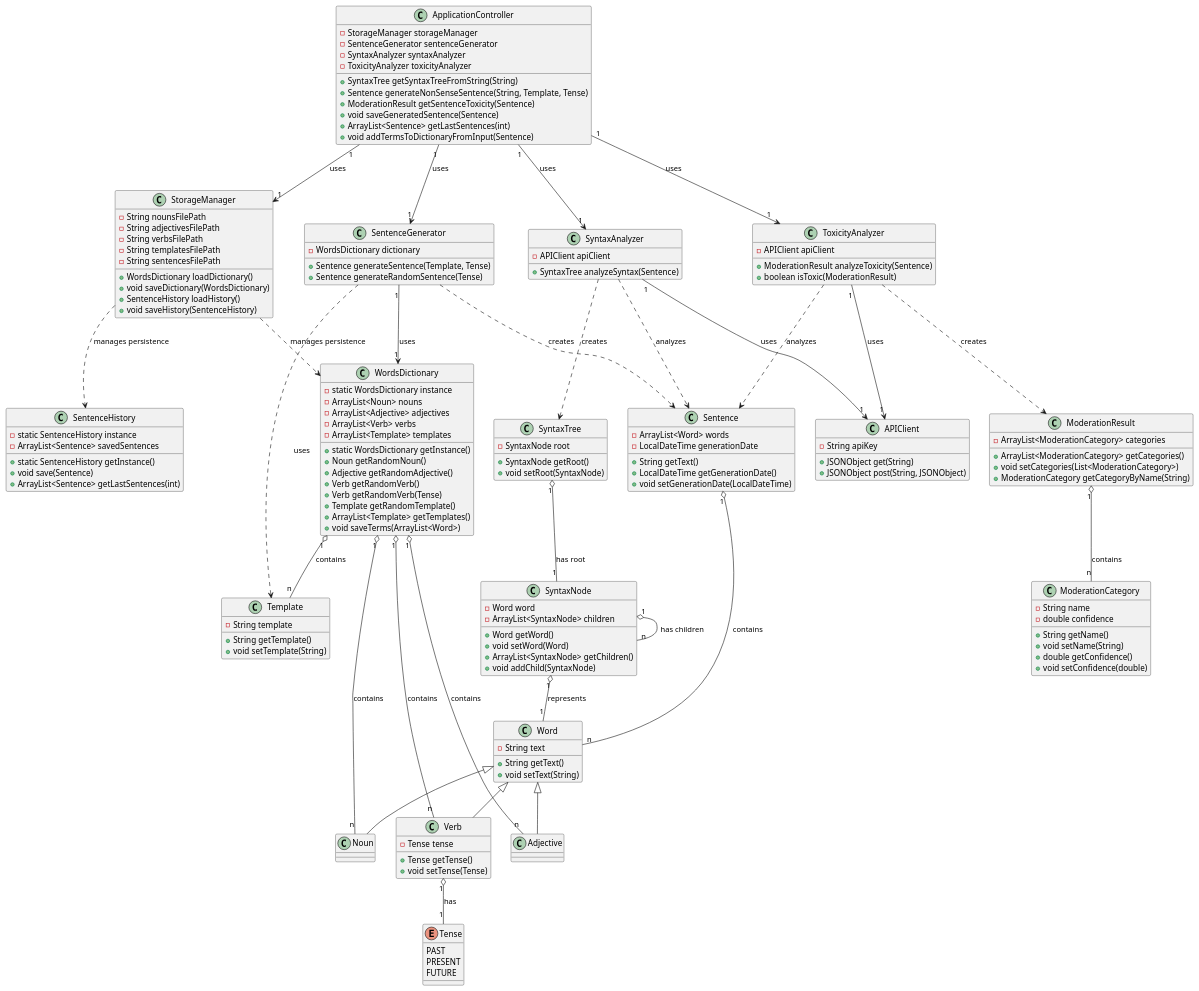
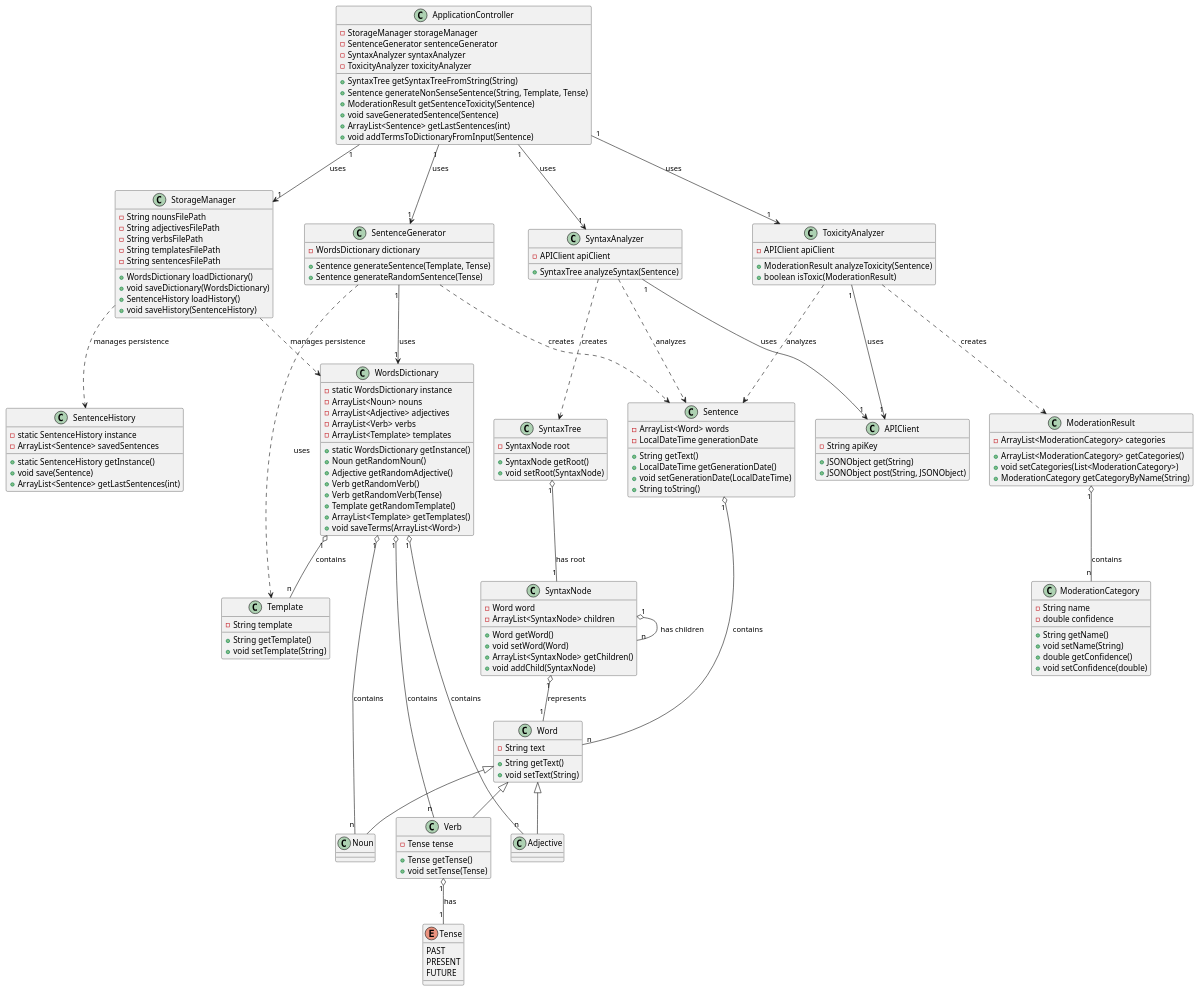
One commit to liamtoaldo/NonSenseGenerator changed the diagram in docs/diagrams/classmodel.plantuml. Above: the diagram before and after it, drawn with PlantUML. The commit also changed 7 other files, not shown here.

```diff
--- a/docs/diagrams/classmodel.plantuml
+++ b/docs/diagrams/classmodel.plantuml
@@ -1,183 +1,184 @@
 @startuml
 
 class Sentence {
     -ArrayList<Word> words
     -LocalDateTime generationDate
     +String getText()
     +LocalDateTime getGenerationDate()
     +void setGenerationDate(LocalDateTime)
+    +String toString()
 }
 
 enum Tense {
     PAST
     PRESENT
     FUTURE
 }
 
 class Word {
     -String text
     +String getText()
     +void setText(String)
 }
 
 class Noun extends Word {
 }
 
 class Adjective extends Word {
 }
 
 class Verb extends Word {
     -Tense tense
     +Tense getTense()
     +void setTense(Tense)
 }
 
 class Template {
     -String template
     +String getTemplate()
     +void setTemplate(String)
 }
 
 ' WordsDictionary usa Design Pattern: Singleton
 class WordsDictionary {
     -static WordsDictionary instance
     -ArrayList<Noun> nouns
     -ArrayList<Adjective> adjectives
     -ArrayList<Verb> verbs
     -ArrayList<Template> templates
     +static WordsDictionary getInstance()
     +Noun getRandomNoun()
     +Adjective getRandomAdjective()
     +Verb getRandomVerb()
     +Verb getRandomVerb(Tense)
     +Template getRandomTemplate()
     +ArrayList<Template> getTemplates()
     +void saveTerms(ArrayList<Word>)
 }
 
 ' SentenceHistory usa Design Pattern: Singleton
 class SentenceHistory {
     -static SentenceHistory instance
     -ArrayList<Sentence> savedSentences
     +static SentenceHistory getInstance()
     +void save(Sentence)
     +ArrayList<Sentence> getLastSentences(int)
 }
 
 ' SentenceGenerator usa Design Pattern: Factory Method
 class SentenceGenerator {
     -WordsDictionary dictionary
     +Sentence generateSentence(Template, Tense)
     +Sentence generateRandomSentence(Tense)
 }
 
 ' StorageManager agisce come un Data Access Object (DAO) / Repository
 class StorageManager {
     -String nounsFilePath
     -String adjectivesFilePath
     -String verbsFilePath
     -String templatesFilePath
     -String sentencesFilePath
     +WordsDictionary loadDictionary()
     +void saveDictionary(WordsDictionary)
     +SentenceHistory loadHistory()
     +void saveHistory(SentenceHistory)
 }
 
 class APIClient {
     -String apiKey
     +JSONObject get(String)
     +JSONObject post(String, JSONObject)
 }
 
 ' SyntaxTree e SyntaxNode formano un pattern Composite
 class SyntaxTree {
     -SyntaxNode root
     +SyntaxNode getRoot()
     +void setRoot(SyntaxNode)
 }
 
 class SyntaxNode {
     -Word word
     -ArrayList<SyntaxNode> children
     +Word getWord()
     +void setWord(Word)
     +ArrayList<SyntaxNode> getChildren()
     +void addChild(SyntaxNode)
 }
 
 class SyntaxAnalyzer {
     -APIClient apiClient
     +SyntaxTree analyzeSyntax(Sentence)
 }
 
 class ModerationCategory {
     -String name
     -double confidence
     +String getName()
     +void setName(String)
     +double getConfidence()
     +void setConfidence(double)
 }
 
 class ModerationResult {
     -ArrayList<ModerationCategory> categories
     +ArrayList<ModerationCategory> getCategories()
     +void setCategories(List<ModerationCategory>)
     +ModerationCategory getCategoryByName(String)
 }
 
 class ToxicityAnalyzer {
     -APIClient apiClient
     +ModerationResult analyzeToxicity(Sentence)
     +boolean isToxic(ModerationResult)
 }
 
 ' ApplicationController implementa il pattern Controller e il pattern Facade
 class ApplicationController {
     -StorageManager storageManager
     -SentenceGenerator sentenceGenerator
     -SyntaxAnalyzer syntaxAnalyzer
     -ToxicityAnalyzer toxicityAnalyzer
     +SyntaxTree getSyntaxTreeFromString(String)
     +Sentence generateNonSenseSentence(String, Template, Tense)
     +ModerationResult getSentenceToxicity(Sentence)
     +void saveGeneratedSentence(Sentence)
     +ArrayList<Sentence> getLastSentences(int)
     +void addTermsToDictionaryFromInput(Sentence)
 }
 
 Sentence "1" o-- "n" Word : contains 
 Verb "1" o-- "1" Tense : has 
 WordsDictionary "1" o-- "n" Noun : contains 
 WordsDictionary "1" o-- "n" Adjective : contains 
 WordsDictionary "1" o-- "n" Verb : contains 
 
 WordsDictionary "1" o-- "n" Template : contains 
 SentenceGenerator "1" --> "1" WordsDictionary : uses 
 SentenceGenerator ..> Template : uses 
 SentenceGenerator ..> Sentence : creates 
 
 SyntaxAnalyzer "1" --> "1" APIClient : uses
 SyntaxAnalyzer ..> Sentence : analyzes
 SyntaxAnalyzer ..> SyntaxTree : creates
 
 ToxicityAnalyzer "1" --> "1" APIClient : uses
 ToxicityAnalyzer ..> Sentence : analyzes
 ToxicityAnalyzer ..> ModerationResult : creates
 
 StorageManager ..> WordsDictionary : manages persistence
 StorageManager ..> SentenceHistory : manages persistence
 
 ModerationResult "1" o-- "n" ModerationCategory : contains
 
 SyntaxTree "1" o-- "1" SyntaxNode : has root
 SyntaxNode "1" o-- "1" Word : represents
 SyntaxNode "1" o-- "n" SyntaxNode : has children
 
 ApplicationController "1" --> "1" StorageManager : uses
 ApplicationController "1" --> "1" SentenceGenerator : uses
 ApplicationController "1" --> "1" SyntaxAnalyzer : uses
 ApplicationController "1" --> "1" ToxicityAnalyzer : uses
 
 @enduml
```
